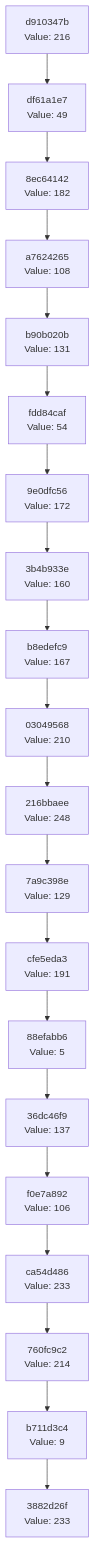
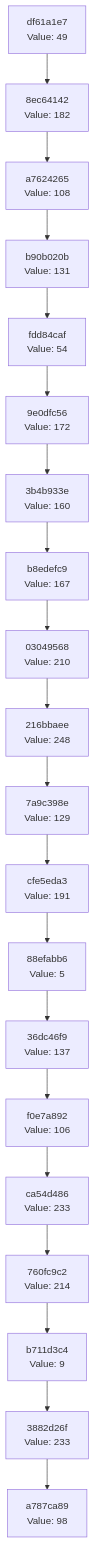
One commit to Abhisheksinha1506/hash-chain-evolver changed the diagram in docs/CHAIN_VISUALIZATION.md. Above: the diagram before and after it, drawn with Mermaid. The commit also changed 3 other files, not shown here.

````diff
--- a/docs/CHAIN_VISUALIZATION.md
+++ b/docs/CHAIN_VISUALIZATION.md
@@ -3,42 +3,42 @@
 ```mermaid
 graph TD
-    C0["3882d26f<br/>Value: 233"]
-    C1["b711d3c4<br/>Value: 9"]
+    C0["a787ca89<br/>Value: 98"]
+    C1["3882d26f<br/>Value: 233"]
     C1 --> C0
-    C2["760fc9c2<br/>Value: 214"]
+    C2["b711d3c4<br/>Value: 9"]
     C2 --> C1
-    C3["ca54d486<br/>Value: 233"]
+    C3["760fc9c2<br/>Value: 214"]
     C3 --> C2
-    C4["f0e7a892<br/>Value: 106"]
+    C4["ca54d486<br/>Value: 233"]
     C4 --> C3
-    C5["36dc46f9<br/>Value: 137"]
+    C5["f0e7a892<br/>Value: 106"]
     C5 --> C4
-    C6["88efabb6<br/>Value: 5"]
+    C6["36dc46f9<br/>Value: 137"]
     C6 --> C5
-    C7["cfe5eda3<br/>Value: 191"]
+    C7["88efabb6<br/>Value: 5"]
     C7 --> C6
-    C8["7a9c398e<br/>Value: 129"]
+    C8["cfe5eda3<br/>Value: 191"]
     C8 --> C7
-    C9["216bbaee<br/>Value: 248"]
+    C9["7a9c398e<br/>Value: 129"]
     C9 --> C8
-    C10["03049568<br/>Value: 210"]
+    C10["216bbaee<br/>Value: 248"]
     C10 --> C9
-    C11["b8edefc9<br/>Value: 167"]
+    C11["03049568<br/>Value: 210"]
     C11 --> C10
-    C12["3b4b933e<br/>Value: 160"]
+    C12["b8edefc9<br/>Value: 167"]
     C12 --> C11
-    C13["9e0dfc56<br/>Value: 172"]
+    C13["3b4b933e<br/>Value: 160"]
     C13 --> C12
-    C14["fdd84caf<br/>Value: 54"]
+    C14["9e0dfc56<br/>Value: 172"]
     C14 --> C13
-    C15["b90b020b<br/>Value: 131"]
+    C15["fdd84caf<br/>Value: 54"]
     C15 --> C14
-    C16["a7624265<br/>Value: 108"]
+    C16["b90b020b<br/>Value: 131"]
     C16 --> C15
-    C17["8ec64142<br/>Value: 182"]
+    C17["a7624265<br/>Value: 108"]
     C17 --> C16
-    C18["df61a1e7<br/>Value: 49"]
+    C18["8ec64142<br/>Value: 182"]
     C18 --> C17
-    C19["d910347b<br/>Value: 216"]
+    C19["df61a1e7<br/>Value: 49"]
     C19 --> C18
 ```
````
